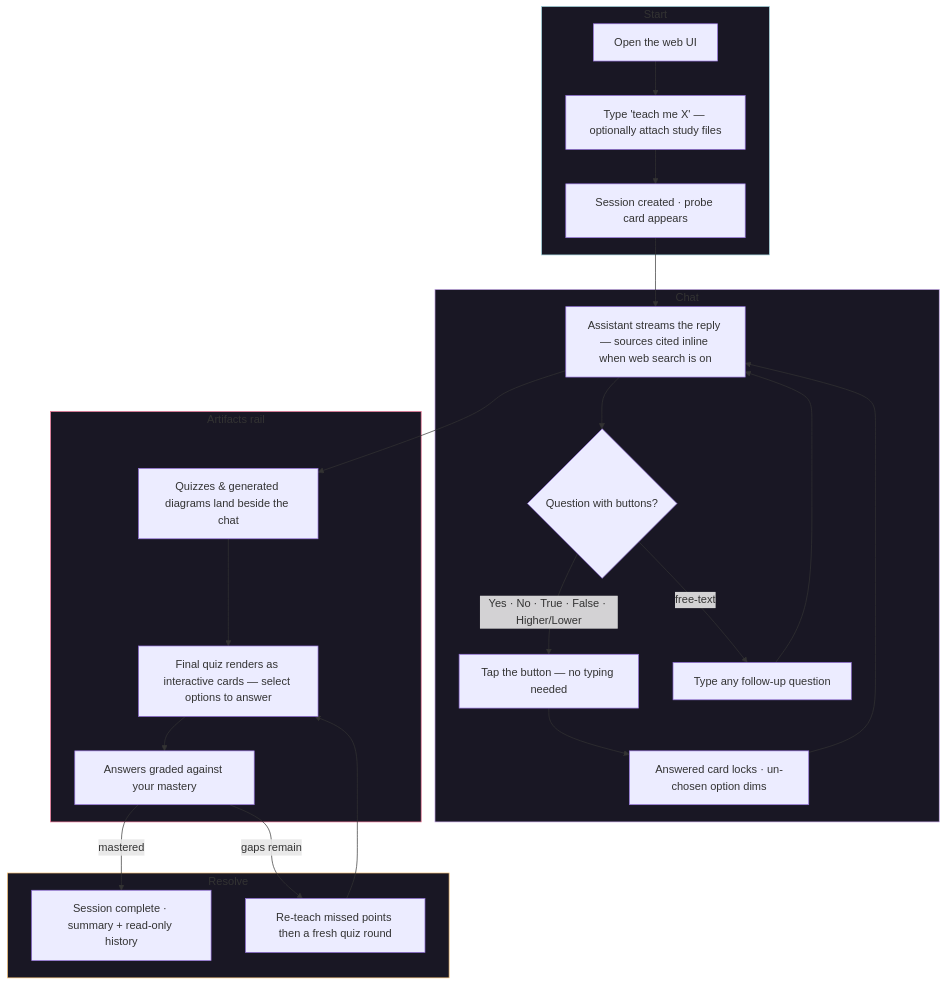
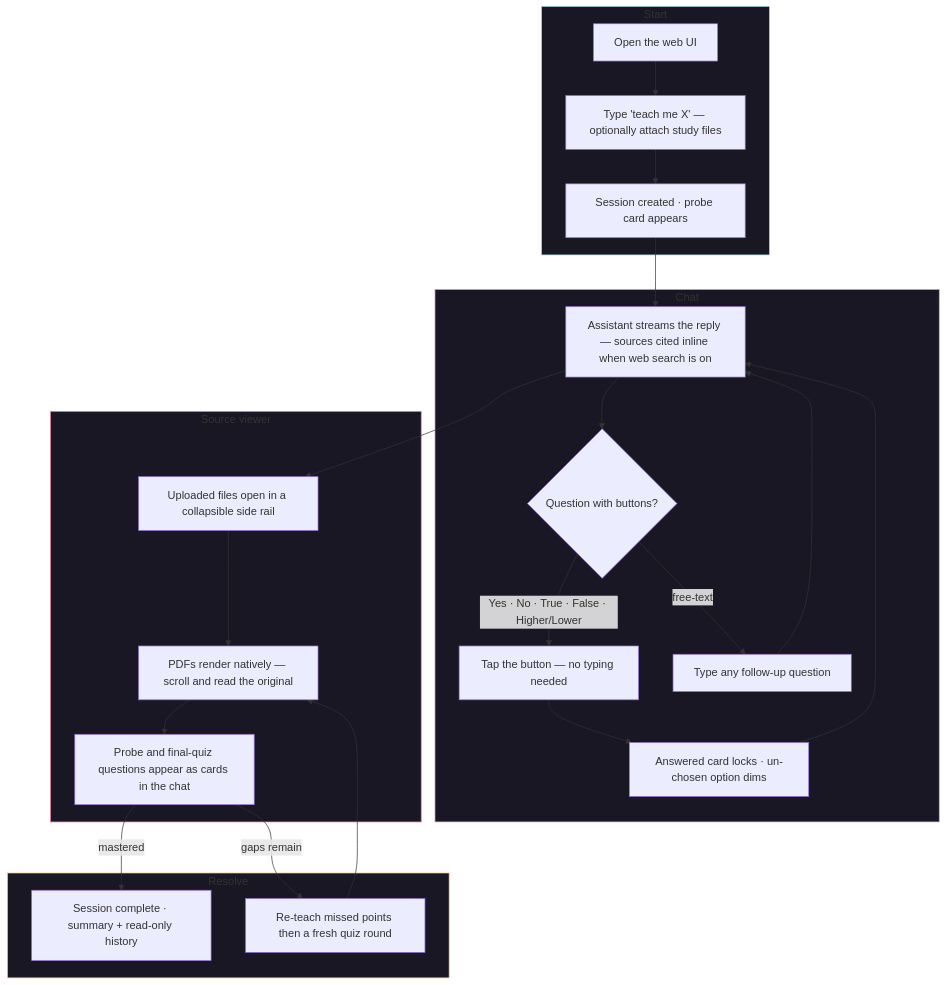
The diagram in docs/ui.md (totallynotbrent/Sage), drawn with Mermaid before and after one commit. The commit also changed other lines of this file and 3 other files, not shown here.

First line of the commit message:
collapse the artifacts rail into a file viewer and fix the upload flow

````diff
--- a/docs/ui.md
+++ b/docs/ui.md
@@ -8,29 +8,29 @@
 ```mermaid
 flowchart TB
     subgraph A0["Start"]
         A["Open the web UI"] --> B["Type 'teach me X' — optionally attach study files"]
         B --> C["Session created · probe card appears"]
     end
     subgraph A1["Chat"]
         C --> D["Assistant streams the reply — sources cited inline when web search is on"]
         D --> E{"Question with buttons?"}
         E -->|"Yes · No · True · False · Higher/Lower"| F["Tap the button — no typing needed"]
         E -->|"free-text"| G["Type any follow-up question"]
         F --> H["Answered card locks · un-chosen option dims"]
         G --> D
         H --> D
     end
-    subgraph A2["Artifacts rail"]
-        D --> I["Quizzes & generated diagrams land beside the chat"]
-        I --> J["Final quiz renders as interactive cards — select options to answer"]
-        J --> K["Answers graded against your mastery"]
+    subgraph A2["Source viewer"]
+        D --> I["Uploaded files open in a collapsible side rail"]
+        I --> J["PDFs render natively — scroll and read the original"]
+        J --> K["Probe and final-quiz questions appear as cards in the chat"]
     end
     subgraph A3["Resolve"]
         K -->|"mastered"| L["Session complete · summary + read-only history"]
         K -->|"gaps remain"| M["Re-teach missed points then a fresh quiz round"] --> J
     end
     style A0 fill:#191724,stroke:#9ccfd8
     style A1 fill:#191724,stroke:#c4a7e7
     style A2 fill:#191724,stroke:#eb6f92
     style A3 fill:#191724,stroke:#f6c177
 ```
````
